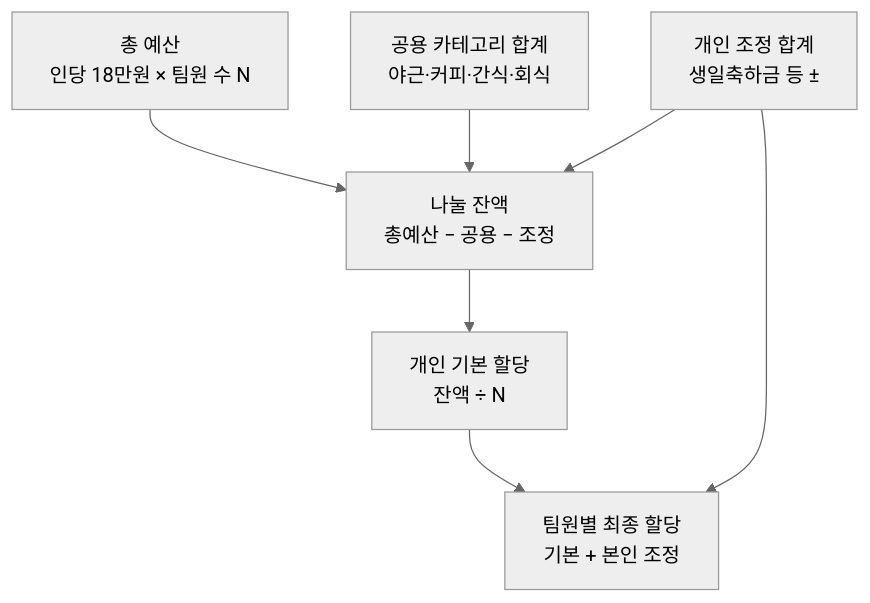
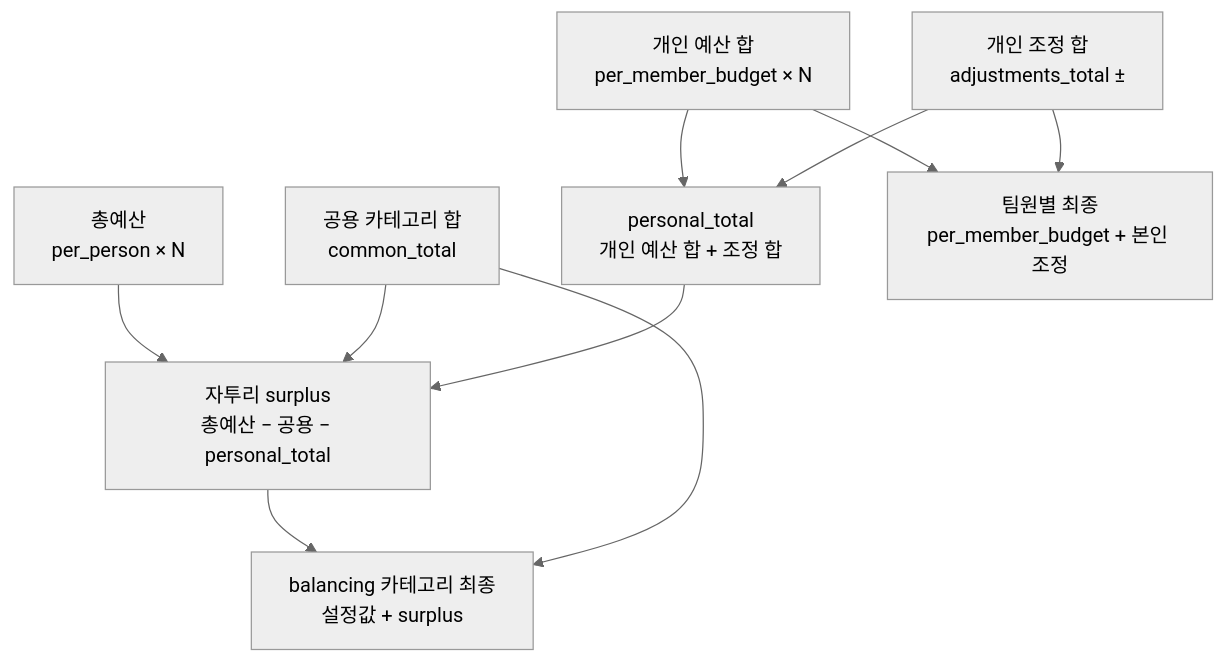
One commit to leonardo204/teamMoneyManager changed the diagram in ref-docs/specs/design/부서비-운영관리-웹앱-PRD.md. Above: the diagram before and after it, drawn with Mermaid (neutral theme). The commit also changed other lines of this file and 2 other files, not shown here.

````diff
--- a/ref-docs/specs/design/부서비-운영관리-웹앱-PRD.md
+++ b/ref-docs/specs/design/부서비-운영관리-웹앱-PRD.md
@@ -71,14 +83,20 @@
 ```mermaid
 flowchart TD
-  A["총 예산<br>인당 18만원 × 팀원 수 N"]
-  B["공용 카테고리 합계<br>야근·커피·간식·회식"]
-  C["개인 조정 합계<br>생일축하금 등 ±"]
-  D["나눌 잔액<br>총예산 − 공용 − 조정"]
-  E["개인 기본 할당<br>잔액 ÷ N"]
-  F["팀원별 최종 할당<br>기본 + 본인 조정"]
-  A --> D
-  B --> D
-  C --> D
-  D --> E --> F
+  A["총예산<br>per_person × N"]
+  B["공용 카테고리 합<br>common_total"]
+  P["개인 예산 합<br>per_member_budget × N"]
+  C["개인 조정 합<br>adjustments_total ±"]
+  T["personal_total<br>개인 예산 합 + 조정 합"]
+  S["자투리 surplus<br>총예산 − 공용 − personal_total"]
+  E["balancing 카테고리 최종<br>설정값 + surplus"]
+  F["팀원별 최종<br>per_member_budget + 본인 조정"]
+  P --> T
+  C --> T
+  A --> S
+  B --> S
+  T --> S
+  S --> E
+  B --> E
+  P --> F
   C --> F
 ```
````
